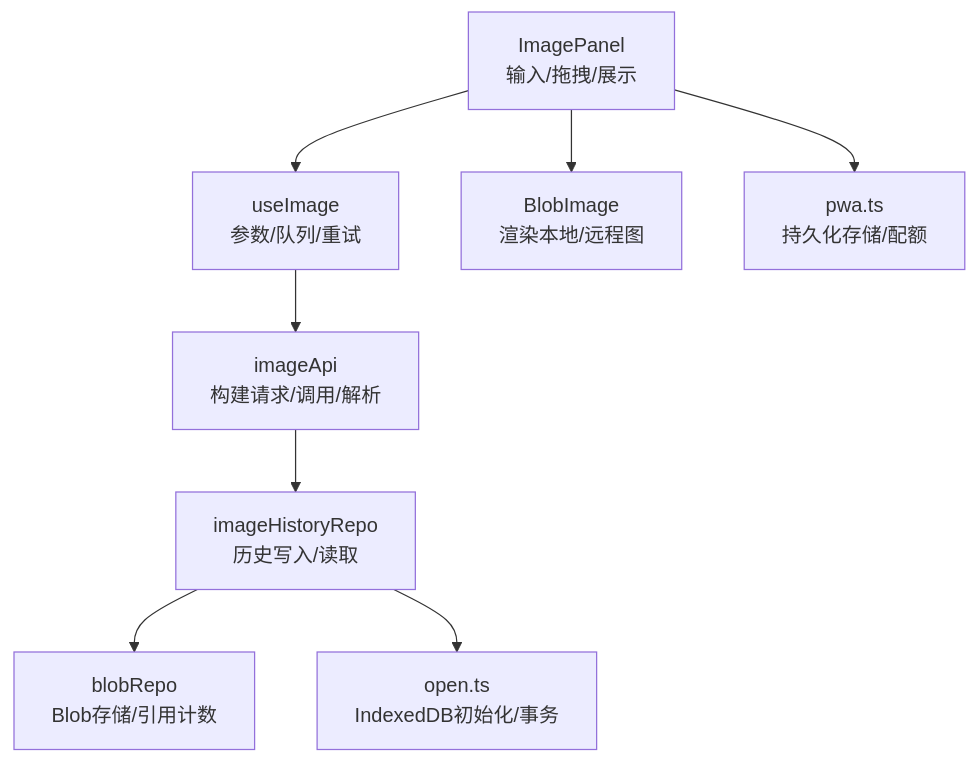
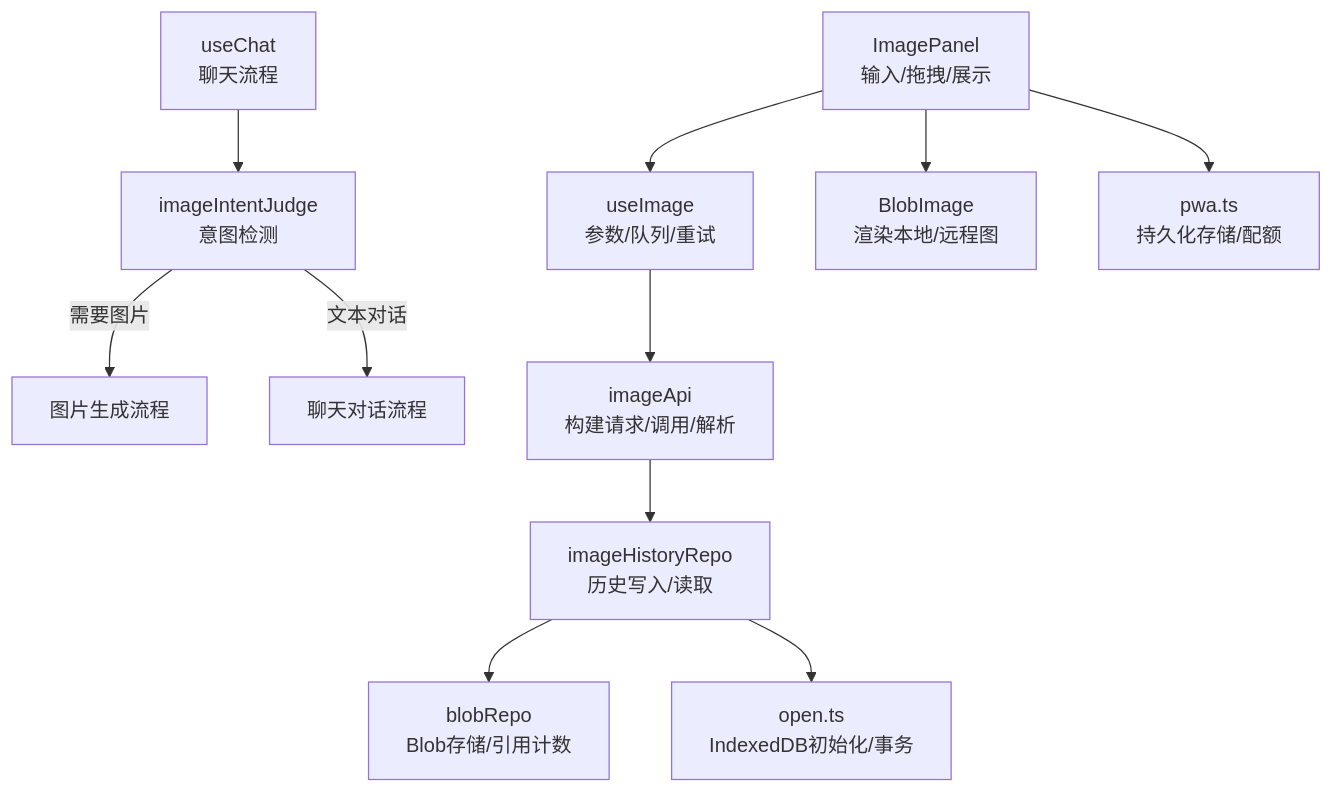
Before and after one commit to billye220670/AIShop: the first of 5 diagrams in .qoder/repowiki/zh/content/图像生成功能/图像处理工作流.md, drawn with Mermaid. The commit also changed other lines of this file and 40 other files, not shown here.

````diff
--- a/.qoder/repowiki/zh/content/图像生成功能/图像处理工作流.md
+++ b/.qoder/repowiki/zh/content/图像生成功能/图像处理工作流.md
@@ -40,10 +51,13 @@
 ```mermaid
 graph TB
 UI["ImagePanel<br/>输入/拖拽/展示"] --> Hook["useImage<br/>参数/队列/重试"]
+Chat["useChat<br/>聊天流程"] --> Intent["imageIntentJudge<br/>意图检测"]
+Intent --> |需要图片| ImageFlow["图片生成流程"]
+Intent --> |文本对话| ChatFlow["聊天对话流程"]
 Hook --> API["imageApi<br/>构建请求/调用/解析"]
 API --> DBH["imageHistoryRepo<br/>历史写入/读取"]
 DBH --> BLOB["blobRepo<br/>Blob存储/引用计数"]
 DBH --> OPEN["open.ts<br/>IndexedDB初始化/事务"]
 UI --> BLOBIMG["BlobImage<br/>渲染本地/远程图"]
 UI --> PWA["pwa.ts<br/>持久化存储/配额"]
 ```
````
